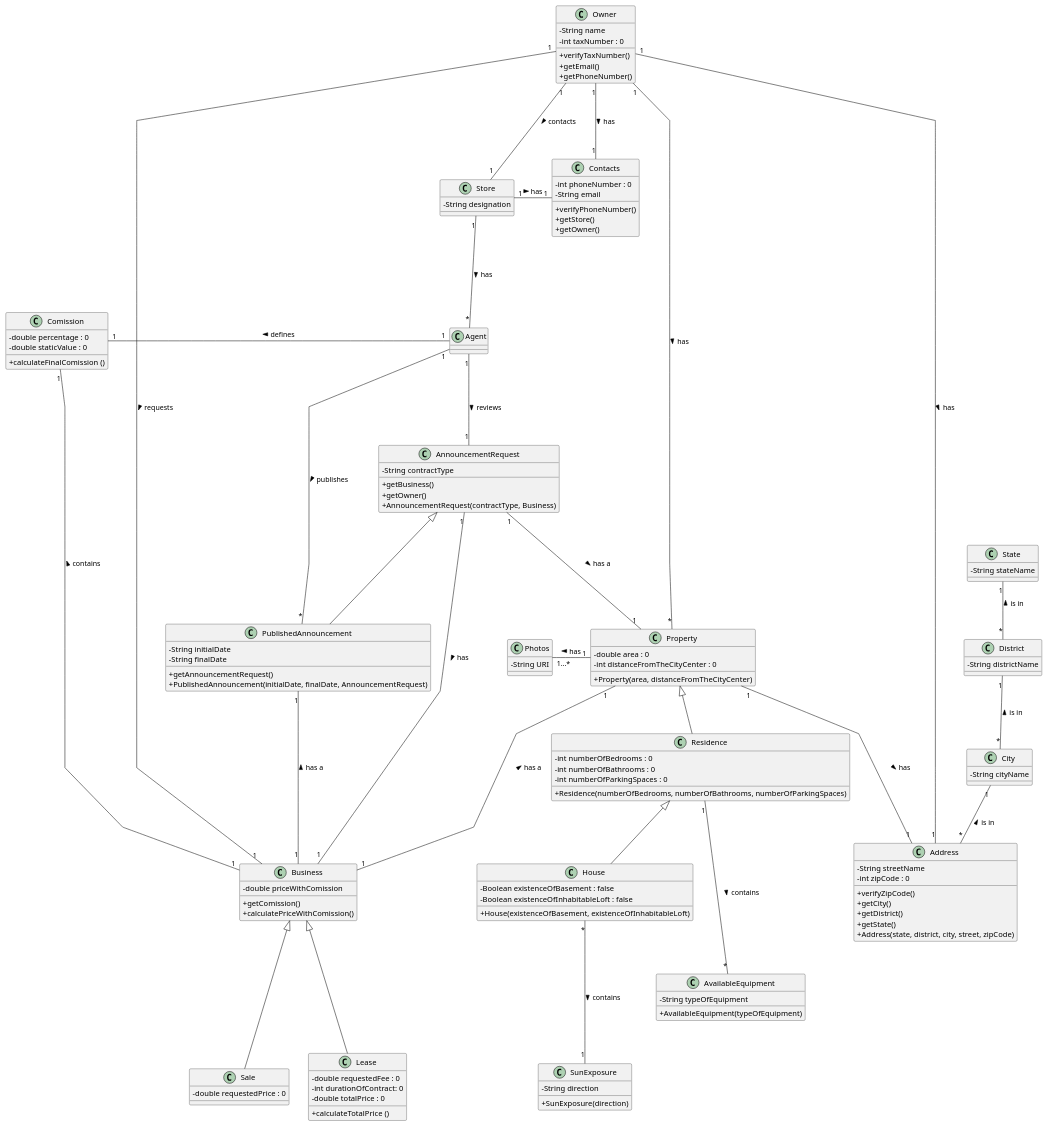
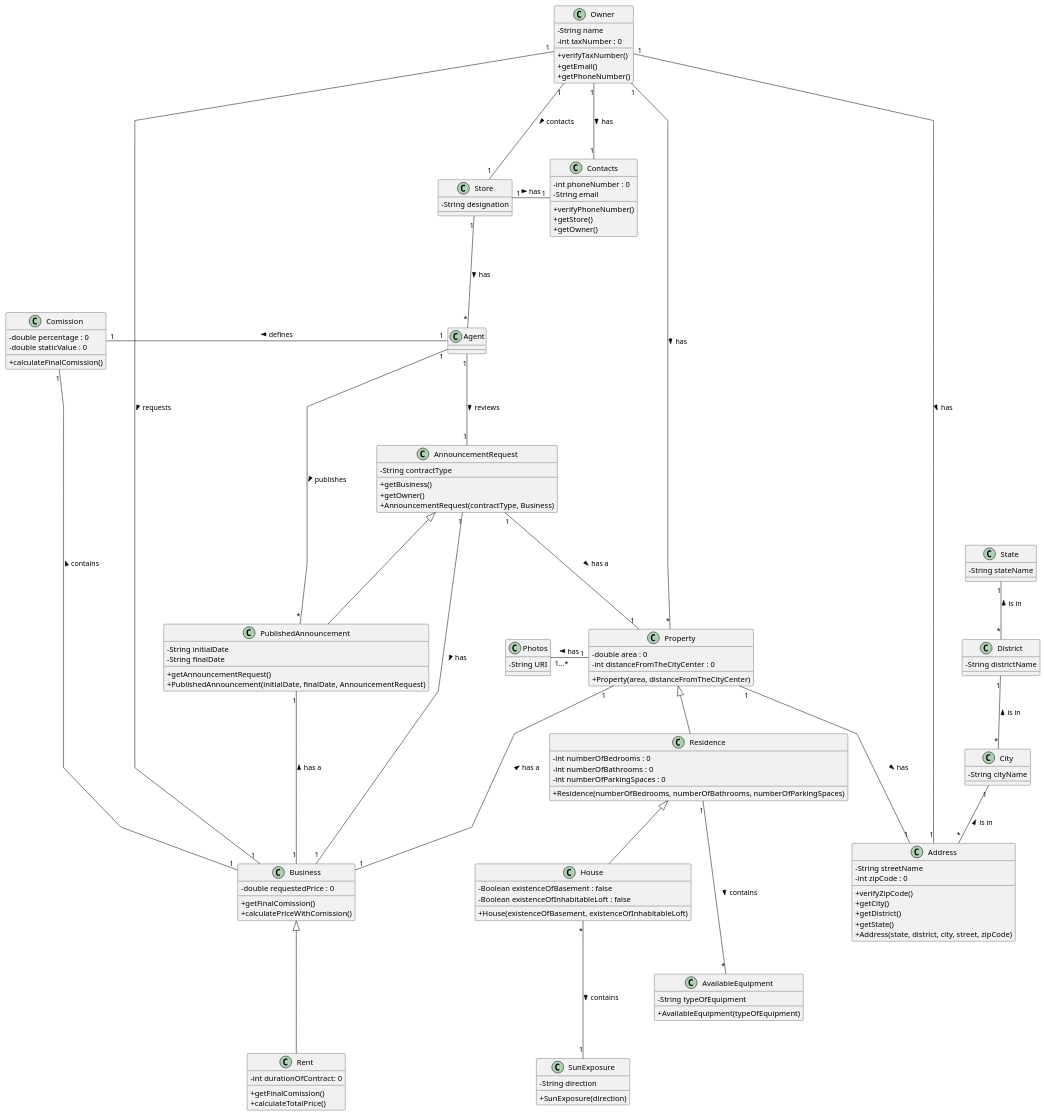
One commit to PureNimble/ISEP-LAPR2 changed the diagram in docs/sprintB/US02/03.design/puml/us02-class-diagram.puml. Above: the diagram before and after it, drawn with PlantUML. The commit also changed 1 other file, not shown here.

Commit message:
Updated Class Diagram and Domain Model

```diff
--- a/docs/sprintB/US02/03.design/puml/us02-class-diagram.puml
+++ b/docs/sprintB/US02/03.design/puml/us02-class-diagram.puml
@@ -1,180 +1,176 @@
 @startuml
 'skinparam monochrome true
 skinparam packageStyle rectangle
 skinparam shadowing false
 skinparam linetype polyline
 'skinparam linetype orto
 
 skinparam classAttributeIconSize 0
 
 'left to right direction
 
 class Address {
     -String streetName
     -int zipCode : 0
 
     +verifyZipCode()
     +getCity()
     +getDistrict()
     +getState()
     +Address(state, district, city, street, zipCode)
 
 }
 
 class City {
     - String cityName
 }
 
 class District {
     - String districtName
 }
 
 class State {
     - String stateName
 }
 
 
 
 
 class Contacts {
     - int phoneNumber : 0
     - String email
 
     +verifyPhoneNumber()
     +getStore()
     +getOwner()
 }
 
 class Business {
-    -double priceWithComission
+    - double requestedPrice : 0
 
-    +getComission()
+    +getFinalComission()
     +calculatePriceWithComission()
 }
 
 class Store {
     - String designation
 }
 
 class Owner {
     - String name
     - int taxNumber : 0
 
     +verifyTaxNumber()
     +getEmail()
     +getPhoneNumber()
 }
 
 
 
 
 class Residence {
     - int numberOfBedrooms : 0
     - int numberOfBathrooms : 0
     - int numberOfParkingSpaces : 0
 
     +Residence(numberOfBedrooms, numberOfBathrooms, numberOfParkingSpaces)
 }
 
 class Property {
     - double area : 0
     - int distanceFromTheCityCenter : 0
 
     +Property(area, distanceFromTheCityCenter)
 }
 
 class Photos{
     - String URI
 }
 
 class House {
     - Boolean existenceOfBasement : false
     - Boolean existenceOfInhabitableLoft : false
 
     +House(existenceOfBasement, existenceOfInhabitableLoft)
 }
 
 class SunExposure {
     - String direction
 
     +SunExposure(direction)
 }
 
 class AvailableEquipment {
     - String typeOfEquipment
 
     +AvailableEquipment(typeOfEquipment)
 }
 
 
 
 class Comission{
      - double percentage : 0
      - double staticValue : 0
 
-    + calculateFinalComission ()
+    + calculateFinalComission()
 }
 
-class Sale{
-    - double requestedPrice : 0
-}
 
-class Lease {
-    - double requestedFee : 0
+class Rent {
     - int durationOfContract: 0
-    - double totalPrice : 0
 
-    +calculateTotalPrice ()
+    +getFinalComission()
+    +calculateTotalPrice()
 }
 
 class AnnouncementRequest {
     - String contractType
 
     +getBusiness()
     +getOwner()
     +AnnouncementRequest(contractType, Business)
 }
 
 class PublishedAnnouncement {
     - String initialDate
     - String finalDate
 
     +getAnnouncementRequest()
     +PublishedAnnouncement(initialDate, finalDate, AnnouncementRequest)
 }
 
 City "1"-- "*" Address: is in <
 District "1"-- "*" City: is in <
 State "1"-- "*" District: is in <
 
 
 Owner "1" -down-- "1" Contacts: has >
 Store "1" -right-- "1" Contacts: has >
 Address "1" -left-- "1" Owner: has <
 Owner "1" -down-- "1" Store: contacts >
 Agent "*" -up-- "1" Store: has <
 
 
 Residence <|-down- House
 Property <|-down- Residence
 Property "1" -left-- "1...*" Photos: has >
 SunExposure "1" -up-- "*" House: contains <
 Address "1" -up-- "1" Property: has <
 Owner "1" -down-- "*" Property: has >
 AvailableEquipment "*" -up-- "1" Residence: contains <
 
 
 Comission "1" -right-- "1" Agent: defines <
 Comission "1" --- "1" Business: contains <
 Owner "1" --- "1" Business: requests >
 Property "1" --- "1" Business: has a <
 AnnouncementRequest "1" --- "1" Business: has >
 Agent "1" --- "1" AnnouncementRequest : reviews >
 AnnouncementRequest "1" --- "1" Property: has a >
 AnnouncementRequest  <|---  PublishedAnnouncement
 PublishedAnnouncement "*" --- "1" Agent: publishes <
 PublishedAnnouncement "1" --- "1" Business: has a <
-Business <|--- Lease
-Business <|--- Sale
+Business <|--- Rent
+
 
 @enduml
```
